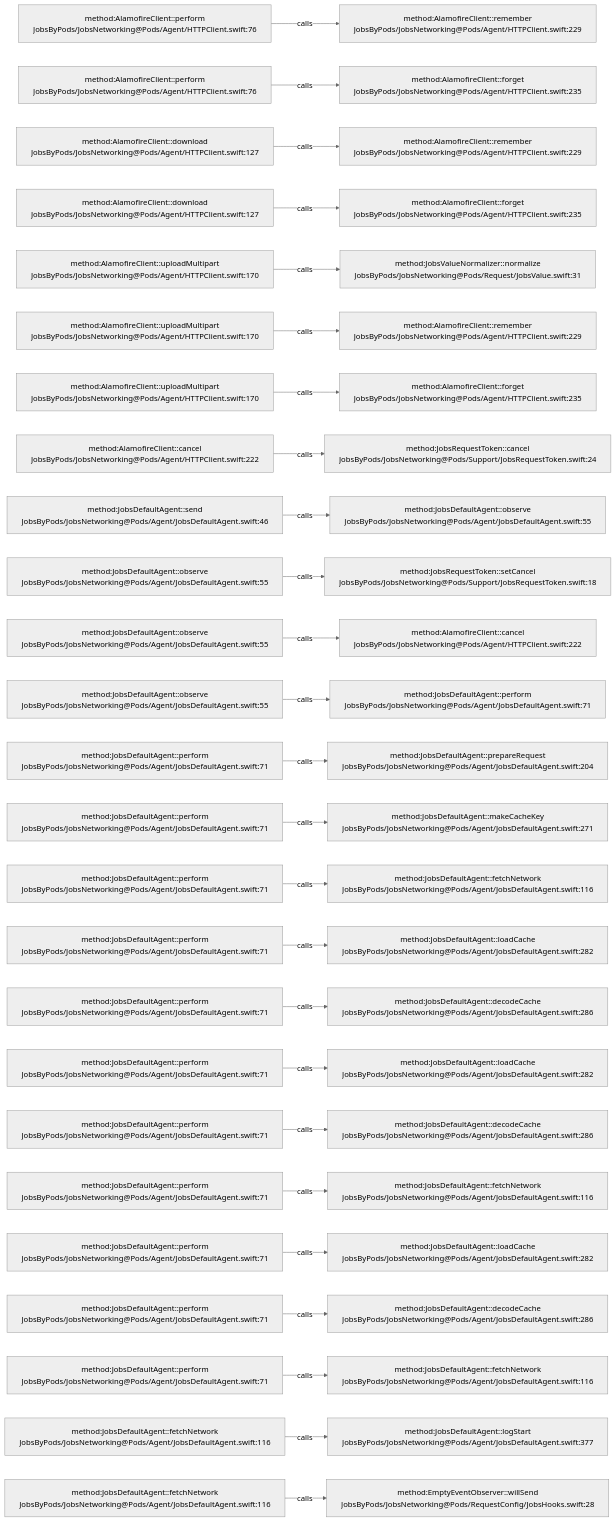
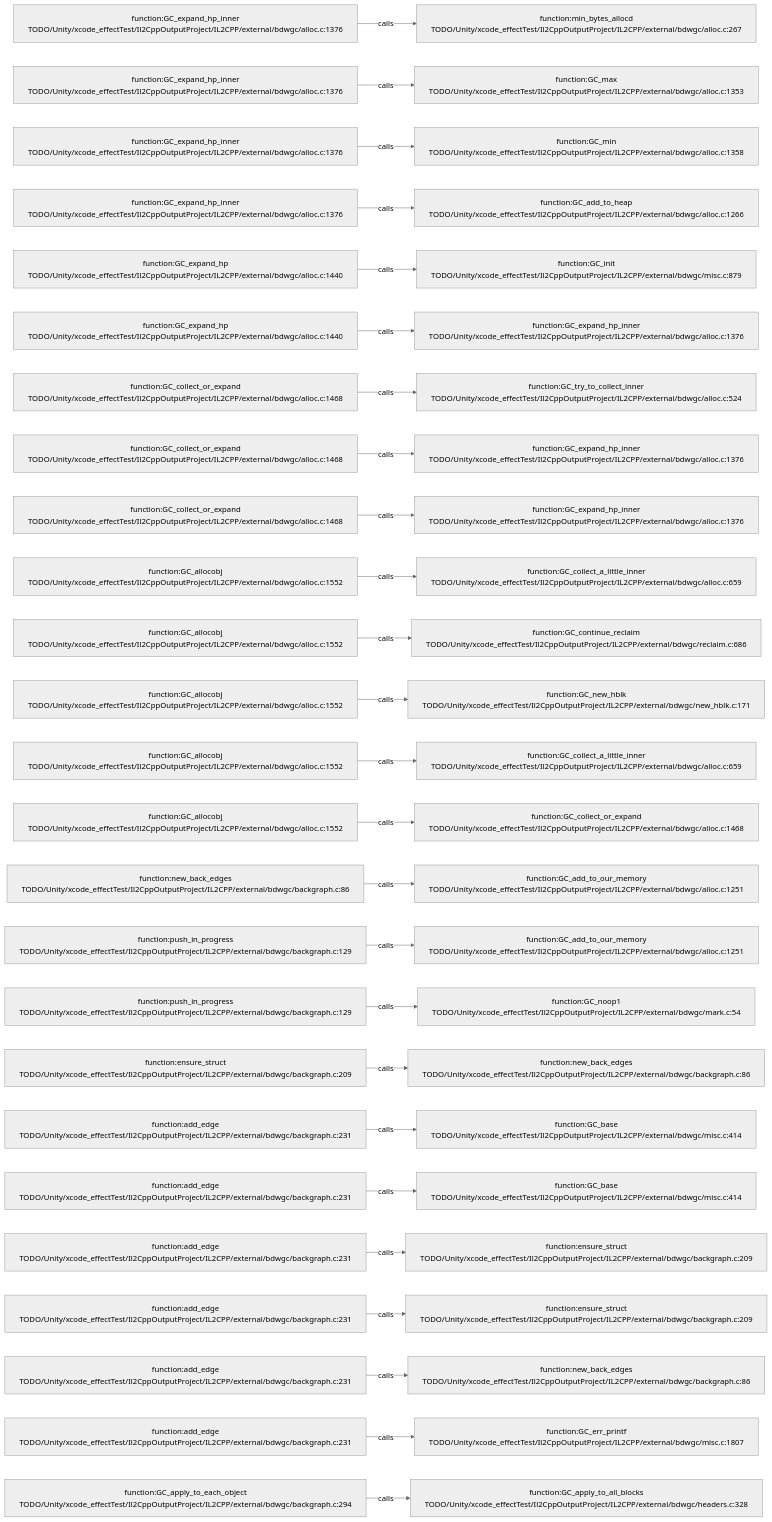
The diagram in .codegraph/codegraph.md/graphs/calls-147.md (JobsKits/JobsSwiftBaseConfigDemo), drawn with Mermaid (neutral theme) before and after one commit. The commit also changed 569 other files, not shown here.

````diff
--- a/.codegraph/codegraph.md/graphs/calls-147.md
+++ b/.codegraph/codegraph.md/graphs/calls-147.md
@@ -13,78 +13,78 @@
 ```mermaid
 flowchart LR
-  S1["method:AlamofireClient::perform<br/>JobsByPods/JobsNetworking@Pods/Agent/HTTPClient.swift:76"]
-  T1["method:AlamofireClient::remember<br/>JobsByPods/JobsNetworking@Pods/Agent/HTTPClient.swift:229"]
+  S1["function:GC_expand_hp_inner<br/>TODO/Unity/xcode_effectTest/Il2CppOutputProject/IL2CPP/external/bdwgc/alloc.c:1376"]
+  T1["function:min_bytes_allocd<br/>TODO/Unity/xcode_effectTest/Il2CppOutputProject/IL2CPP/external/bdwgc/alloc.c:267"]
   S1 -->|calls| T1
-  S2["method:AlamofireClient::perform<br/>JobsByPods/JobsNetworking@Pods/Agent/HTTPClient.swift:76"]
-  T2["method:AlamofireClient::forget<br/>JobsByPods/JobsNetworking@Pods/Agent/HTTPClient.swift:235"]
+  S2["function:GC_expand_hp_inner<br/>TODO/Unity/xcode_effectTest/Il2CppOutputProject/IL2CPP/external/bdwgc/alloc.c:1376"]
+  T2["function:GC_max<br/>TODO/Unity/xcode_effectTest/Il2CppOutputProject/IL2CPP/external/bdwgc/alloc.c:1353"]
   S2 -->|calls| T2
-  S3["method:AlamofireClient::download<br/>JobsByPods/JobsNetworking@Pods/Agent/HTTPClient.swift:127"]
-  T3["method:AlamofireClient::remember<br/>JobsByPods/JobsNetworking@Pods/Agent/HTTPClient.swift:229"]
+  S3["function:GC_expand_hp_inner<br/>TODO/Unity/xcode_effectTest/Il2CppOutputProject/IL2CPP/external/bdwgc/alloc.c:1376"]
+  T3["function:GC_min<br/>TODO/Unity/xcode_effectTest/Il2CppOutputProject/IL2CPP/external/bdwgc/alloc.c:1358"]
   S3 -->|calls| T3
-  S4["method:AlamofireClient::download<br/>JobsByPods/JobsNetworking@Pods/Agent/HTTPClient.swift:127"]
-  T4["method:AlamofireClient::forget<br/>JobsByPods/JobsNetworking@Pods/Agent/HTTPClient.swift:235"]
+  S4["function:GC_expand_hp_inner<br/>TODO/Unity/xcode_effectTest/Il2CppOutputProject/IL2CPP/external/bdwgc/alloc.c:1376"]
+  T4["function:GC_add_to_heap<br/>TODO/Unity/xcode_effectTest/Il2CppOutputProject/IL2CPP/external/bdwgc/alloc.c:1266"]
   S4 -->|calls| T4
-  S5["method:AlamofireClient::uploadMultipart<br/>JobsByPods/JobsNetworking@Pods/Agent/HTTPClient.swift:170"]
-  T5["method:JobsValueNormalizer::normalize<br/>JobsByPods/JobsNetworking@Pods/Request/JobsValue.swift:31"]
+  S5["function:GC_expand_hp<br/>TODO/Unity/xcode_effectTest/Il2CppOutputProject/IL2CPP/external/bdwgc/alloc.c:1440"]
+  T5["function:GC_init<br/>TODO/Unity/xcode_effectTest/Il2CppOutputProject/IL2CPP/external/bdwgc/misc.c:879"]
   S5 -->|calls| T5
-  S6["method:AlamofireClient::uploadMultipart<br/>JobsByPods/JobsNetworking@Pods/Agent/HTTPClient.swift:170"]
-  T6["method:AlamofireClient::remember<br/>JobsByPods/JobsNetworking@Pods/Agent/HTTPClient.swift:229"]
+  S6["function:GC_expand_hp<br/>TODO/Unity/xcode_effectTest/Il2CppOutputProject/IL2CPP/external/bdwgc/alloc.c:1440"]
+  T6["function:GC_expand_hp_inner<br/>TODO/Unity/xcode_effectTest/Il2CppOutputProject/IL2CPP/external/bdwgc/alloc.c:1376"]
   S6 -->|calls| T6
-  S7["method:AlamofireClient::uploadMultipart<br/>JobsByPods/JobsNetworking@Pods/Agent/HTTPClient.swift:170"]
-  T7["method:AlamofireClient::forget<br/>JobsByPods/JobsNetworking@Pods/Agent/HTTPClient.swift:235"]
+  S7["function:GC_collect_or_expand<br/>TODO/Unity/xcode_effectTest/Il2CppOutputProject/IL2CPP/external/bdwgc/alloc.c:1468"]
+  T7["function:GC_try_to_collect_inner<br/>TODO/Unity/xcode_effectTest/Il2CppOutputProject/IL2CPP/external/bdwgc/alloc.c:524"]
   S7 -->|calls| T7
-  S8["method:AlamofireClient::cancel<br/>JobsByPods/JobsNetworking@Pods/Agent/HTTPClient.swift:222"]
-  T8["method:JobsRequestToken::cancel<br/>JobsByPods/JobsNetworking@Pods/Support/JobsRequestToken.swift:24"]
+  S8["function:GC_collect_or_expand<br/>TODO/Unity/xcode_effectTest/Il2CppOutputProject/IL2CPP/external/bdwgc/alloc.c:1468"]
+  T8["function:GC_expand_hp_inner<br/>TODO/Unity/xcode_effectTest/Il2CppOutputProject/IL2CPP/external/bdwgc/alloc.c:1376"]
   S8 -->|calls| T8
-  S9["method:JobsDefaultAgent::send<br/>JobsByPods/JobsNetworking@Pods/Agent/JobsDefaultAgent.swift:46"]
-  T9["method:JobsDefaultAgent::observe<br/>JobsByPods/JobsNetworking@Pods/Agent/JobsDefaultAgent.swift:55"]
+  S9["function:GC_collect_or_expand<br/>TODO/Unity/xcode_effectTest/Il2CppOutputProject/IL2CPP/external/bdwgc/alloc.c:1468"]
+  T9["function:GC_expand_hp_inner<br/>TODO/Unity/xcode_effectTest/Il2CppOutputProject/IL2CPP/external/bdwgc/alloc.c:1376"]
   S9 -->|calls| T9
-  S10["method:JobsDefaultAgent::observe<br/>JobsByPods/JobsNetworking@Pods/Agent/JobsDefaultAgent.swift:55"]
-  T10["method:JobsRequestToken::setCancel<br/>JobsByPods/JobsNetworking@Pods/Support/JobsRequestToken.swift:18"]
+  S10["function:GC_allocobj<br/>TODO/Unity/xcode_effectTest/Il2CppOutputProject/IL2CPP/external/bdwgc/alloc.c:1552"]
+  T10["function:GC_collect_a_little_inner<br/>TODO/Unity/xcode_effectTest/Il2CppOutputProject/IL2CPP/external/bdwgc/alloc.c:659"]
   S10 -->|calls| T10
-  S11["method:JobsDefaultAgent::observe<br/>JobsByPods/JobsNetworking@Pods/Agent/JobsDefaultAgent.swift:55"]
-  T11["method:AlamofireClient::cancel<br/>JobsByPods/JobsNetworking@Pods/Agent/HTTPClient.swift:222"]
+  S11["function:GC_allocobj<br/>TODO/Unity/xcode_effectTest/Il2CppOutputProject/IL2CPP/external/bdwgc/alloc.c:1552"]
+  T11["function:GC_continue_reclaim<br/>TODO/Unity/xcode_effectTest/Il2CppOutputProject/IL2CPP/external/bdwgc/reclaim.c:686"]
   S11 -->|calls| T11
-  S12["method:JobsDefaultAgent::observe<br/>JobsByPods/JobsNetworking@Pods/Agent/JobsDefaultAgent.swift:55"]
-  T12["method:JobsDefaultAgent::perform<br/>JobsByPods/JobsNetworking@Pods/Agent/JobsDefaultAgent.swift:71"]
+  S12["function:GC_allocobj<br/>TODO/Unity/xcode_effectTest/Il2CppOutputProject/IL2CPP/external/bdwgc/alloc.c:1552"]
+  T12["function:GC_new_hblk<br/>TODO/Unity/xcode_effectTest/Il2CppOutputProject/IL2CPP/external/bdwgc/new_hblk.c:171"]
   S12 -->|calls| T12
-  S13["method:JobsDefaultAgent::perform<br/>JobsByPods/JobsNetworking@Pods/Agent/JobsDefaultAgent.swift:71"]
-  T13["method:JobsDefaultAgent::prepareRequest<br/>JobsByPods/JobsNetworking@Pods/Agent/JobsDefaultAgent.swift:204"]
+  S13["function:GC_allocobj<br/>TODO/Unity/xcode_effectTest/Il2CppOutputProject/IL2CPP/external/bdwgc/alloc.c:1552"]
+  T13["function:GC_collect_a_little_inner<br/>TODO/Unity/xcode_effectTest/Il2CppOutputProject/IL2CPP/external/bdwgc/alloc.c:659"]
   S13 -->|calls| T13
-  S14["method:JobsDefaultAgent::perform<br/>JobsByPods/JobsNetworking@Pods/Agent/JobsDefaultAgent.swift:71"]
-  T14["method:JobsDefaultAgent::makeCacheKey<br/>JobsByPods/JobsNetworking@Pods/Agent/JobsDefaultAgent.swift:271"]
+  S14["function:GC_allocobj<br/>TODO/Unity/xcode_effectTest/Il2CppOutputProject/IL2CPP/external/bdwgc/alloc.c:1552"]
+  T14["function:GC_collect_or_expand<br/>TODO/Unity/xcode_effectTest/Il2CppOutputProject/IL2CPP/external/bdwgc/alloc.c:1468"]
   S14 -->|calls| T14
-  S15["method:JobsDefaultAgent::perform<br/>JobsByPods/JobsNetworking@Pods/Agent/JobsDefaultAgent.swift:71"]
-  T15["method:JobsDefaultAgent::fetchNetwork<br/>JobsByPods/JobsNetworking@Pods/Agent/JobsDefaultAgent.swift:116"]
+  S15["function:new_back_edges<br/>TODO/Unity/xcode_effectTest/Il2CppOutputProject/IL2CPP/external/bdwgc/backgraph.c:86"]
+  T15["function:GC_add_to_our_memory<br/>TODO/Unity/xcode_effectTest/Il2CppOutputProject/IL2CPP/external/bdwgc/alloc.c:1251"]
   S15 -->|calls| T15
-  S16["method:JobsDefaultAgent::perform<br/>JobsByPods/JobsNetworking@Pods/Agent/JobsDefaultAgent.swift:71"]
-  T16["method:JobsDefaultAgent::loadCache<br/>JobsByPods/JobsNetworking@Pods/Agent/JobsDefaultAgent.swift:282"]
+  S16["function:push_in_progress<br/>TODO/Unity/xcode_effectTest/Il2CppOutputProject/IL2CPP/external/bdwgc/backgraph.c:129"]
+  T16["function:GC_add_to_our_memory<br/>TODO/Unity/xcode_effectTest/Il2CppOutputProject/IL2CPP/external/bdwgc/alloc.c:1251"]
   S16 -->|calls| T16
-  S17["method:JobsDefaultAgent::perform<br/>JobsByPods/JobsNetworking@Pods/Agent/JobsDefaultAgent.swift:71"]
-  T17["method:JobsDefaultAgent::decodeCache<br/>JobsByPods/JobsNetworking@Pods/Agent/JobsDefaultAgent.swift:286"]
+  S17["function:push_in_progress<br/>TODO/Unity/xcode_effectTest/Il2CppOutputProject/IL2CPP/external/bdwgc/backgraph.c:129"]
+  T17["function:GC_noop1<br/>TODO/Unity/xcode_effectTest/Il2CppOutputProject/IL2CPP/external/bdwgc/mark.c:54"]
   S17 -->|calls| T17
-  S18["method:JobsDefaultAgent::perform<br/>JobsByPods/JobsNetworking@Pods/Agent/JobsDefaultAgent.swift:71"]
-  T18["method:JobsDefaultAgent::loadCache<br/>JobsByPods/JobsNetworking@Pods/Agent/JobsDefaultAgent.swift:282"]
+  S18["function:ensure_struct<br/>TODO/Unity/xcode_effectTest/Il2CppOutputProject/IL2CPP/external/bdwgc/backgraph.c:209"]
+  T18["function:new_back_edges<br/>TODO/Unity/xcode_effectTest/Il2CppOutputProject/IL2CPP/external/bdwgc/backgraph.c:86"]
   S18 -->|calls| T18
-  S19["method:JobsDefaultAgent::perform<br/>JobsByPods/JobsNetworking@Pods/Agent/JobsDefaultAgent.swift:71"]
-  T19["method:JobsDefaultAgent::decodeCache<br/>JobsByPods/JobsNetworking@Pods/Agent/JobsDefaultAgent.swift:286"]
+  S19["function:add_edge<br/>TODO/Unity/xcode_effectTest/Il2CppOutputProject/IL2CPP/external/bdwgc/backgraph.c:231"]
+  T19["function:GC_base<br/>TODO/Unity/xcode_effectTest/Il2CppOutputProject/IL2CPP/external/bdwgc/misc.c:414"]
   S19 -->|calls| T19
-  S20["method:JobsDefaultAgent::perform<br/>JobsByPods/JobsNetworking@Pods/Agent/JobsDefaultAgent.swift:71"]
-  T20["method:JobsDefaultAgent::fetchNetwork<br/>JobsByPods/JobsNetworking@Pods/Agent/JobsDefaultAgent.swift:116"]
+  S20["function:add_edge<br/>TODO/Unity/xcode_effectTest/Il2CppOutputProject/IL2CPP/external/bdwgc/backgraph.c:231"]
+  T20["function:GC_base<br/>TODO/Unity/xcode_effectTest/Il2CppOutputProject/IL2CPP/external/bdwgc/misc.c:414"]
   S20 -->|calls| T20
-  S21["method:JobsDefaultAgent::perform<br/>JobsByPods/JobsNetworking@Pods/Agent/JobsDefaultAgent.swift:71"]
-  T21["method:JobsDefaultAgent::loadCache<br/>JobsByPods/JobsNetworking@Pods/Agent/JobsDefaultAgent.swift:282"]
+  S21["function:add_edge<br/>TODO/Unity/xcode_effectTest/Il2CppOutputProject/IL2CPP/external/bdwgc/backgraph.c:231"]
+  T21["function:ensure_struct<br/>TODO/Unity/xcode_effectTest/Il2CppOutputProject/IL2CPP/external/bdwgc/backgraph.c:209"]
   S21 -->|calls| T21
-  S22["method:JobsDefaultAgent::perform<br/>JobsByPods/JobsNetworking@Pods/Agent/JobsDefaultAgent.swift:71"]
-  T22["method:JobsDefaultAgent::decodeCache<br/>JobsByPods/JobsNetworking@Pods/Agent/JobsDefaultAgent.swift:286"]
+  S22["function:add_edge<br/>TODO/Unity/xcode_effectTest/Il2CppOutputProject/IL2CPP/external/bdwgc/backgraph.c:231"]
+  T22["function:ensure_struct<br/>TODO/Unity/xcode_effectTest/Il2CppOutputProject/IL2CPP/external/bdwgc/backgraph.c:209"]
   S22 -->|calls| T22
-  S23["method:JobsDefaultAgent::perform<br/>JobsByPods/JobsNetworking@Pods/Agent/JobsDefaultAgent.swift:71"]
-  T23["method:JobsDefaultAgent::fetchNetwork<br/>JobsByPods/JobsNetworking@Pods/Agent/JobsDefaultAgent.swift:116"]
+  S23["function:add_edge<br/>TODO/Unity/xcode_effectTest/Il2CppOutputProject/IL2CPP/external/bdwgc/backgraph.c:231"]
+  T23["function:new_back_edges<br/>TODO/Unity/xcode_effectTest/Il2CppOutputProject/IL2CPP/external/bdwgc/backgraph.c:86"]
   S23 -->|calls| T23
-  S24["method:JobsDefaultAgent::fetchNetwork<br/>JobsByPods/JobsNetworking@Pods/Agent/JobsDefaultAgent.swift:116"]
-  T24["method:JobsDefaultAgent::logStart<br/>JobsByPods/JobsNetworking@Pods/Agent/JobsDefaultAgent.swift:377"]
+  S24["function:add_edge<br/>TODO/Unity/xcode_effectTest/Il2CppOutputProject/IL2CPP/external/bdwgc/backgraph.c:231"]
+  T24["function:GC_err_printf<br/>TODO/Unity/xcode_effectTest/Il2CppOutputProject/IL2CPP/external/bdwgc/misc.c:1807"]
   S24 -->|calls| T24
-  S25["method:JobsDefaultAgent::fetchNetwork<br/>JobsByPods/JobsNetworking@Pods/Agent/JobsDefaultAgent.swift:116"]
-  T25["method:EmptyEventObserver::willSend<br/>JobsByPods/JobsNetworking@Pods/RequestConfig/JobsHooks.swift:28"]
+  S25["function:GC_apply_to_each_object<br/>TODO/Unity/xcode_effectTest/Il2CppOutputProject/IL2CPP/external/bdwgc/backgraph.c:294"]
+  T25["function:GC_apply_to_all_blocks<br/>TODO/Unity/xcode_effectTest/Il2CppOutputProject/IL2CPP/external/bdwgc/headers.c:328"]
   S25 -->|calls| T25
 ```
````
